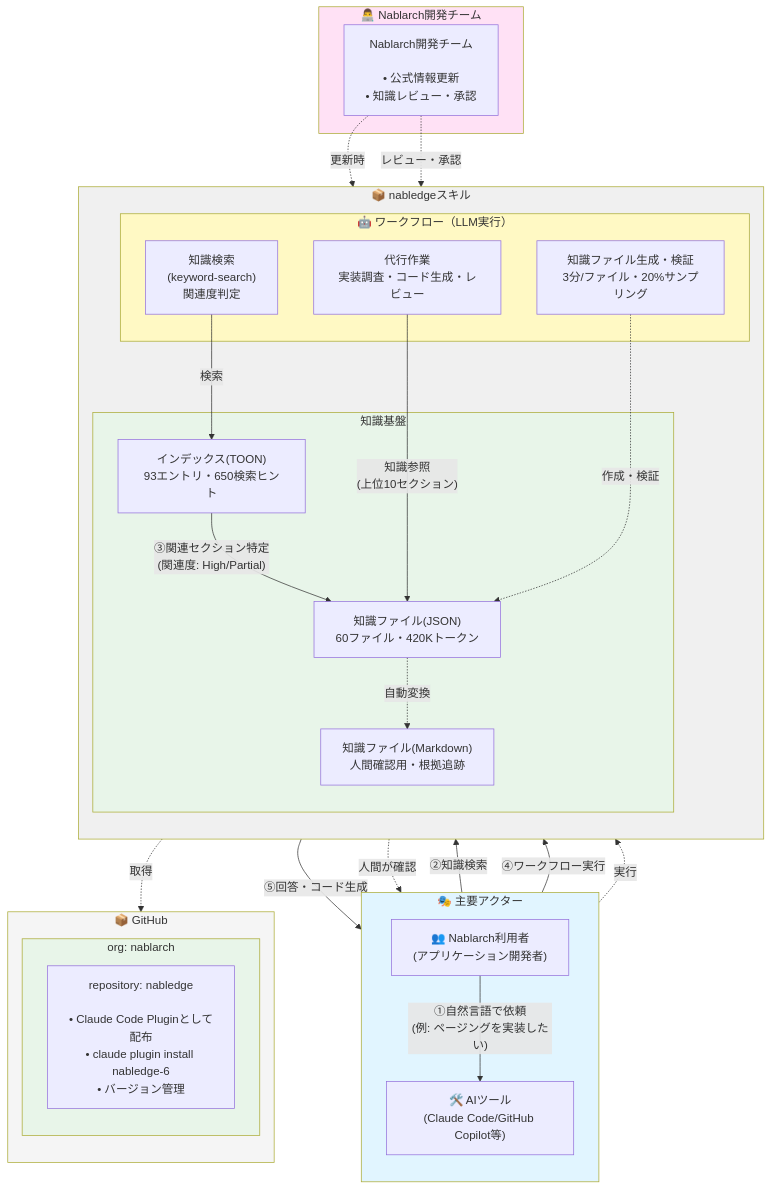
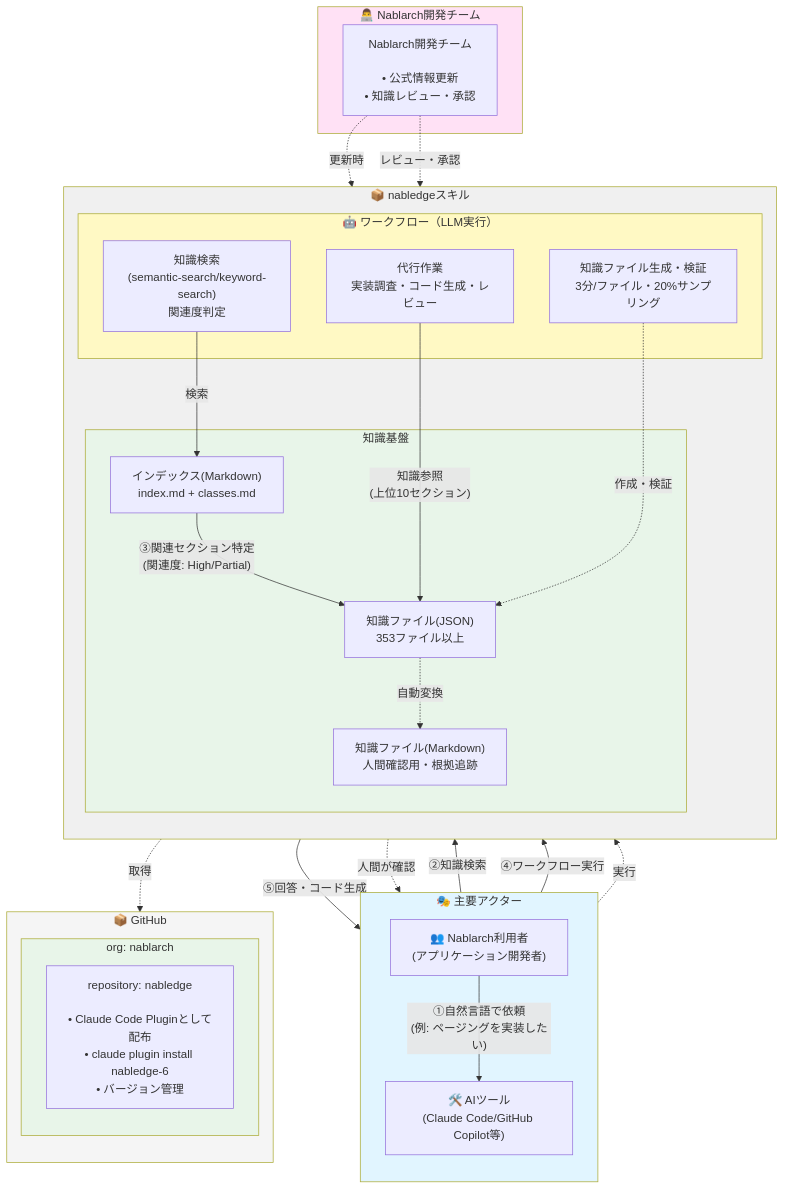
The diagram in docs/nabledge-design.md (nablarch/nabledge-dev), drawn with Mermaid before and after one commit. The commit also changed other lines of this file, not shown here.

````diff
--- a/docs/nabledge-design.md
+++ b/docs/nabledge-design.md
@@ -100,70 +100,70 @@
 ```mermaid
 graph TB
     %% 左側: 主要アクター
     subgraph main_actors["🎭 主要アクター"]
         direction TB
         DEV["👥 Nablarch利用者<br/>(アプリケーション開発者)"]
         AGENT["🛠️ AIツール<br/>(Claude Code/GitHub Copilot等)"]
         DEV -->|"①自然言語で依頼<br/>(例: ページングを実装したい)"| AGENT
     end
 
     %% 中央: nabledgeスキル
     subgraph nabledge["📦 nabledgeスキル"]
         direction TB
 
         subgraph workflows["🤖 ワークフロー（LLM実行）"]
-            WF_SEARCH["知識検索<br/>(keyword-search)<br/>関連度判定"]
+            WF_SEARCH["知識検索<br/>(semantic-search/keyword-search)<br/>関連度判定"]
             WF_DELEGATE["代行作業<br/>実装調査・コード生成・レビュー"]
             WF_GENERATE["知識ファイル生成・検証<br/>3分/ファイル・20%サンプリング"]
         end
 
         subgraph knowledge["知識基盤"]
-            INDEX["インデックス(TOON)<br/>93エントリ・650検索ヒント"]
-            JSON["知識ファイル(JSON)<br/>60ファイル・420Kトークン"]
+            INDEX["インデックス(Markdown)<br/>index.md + classes.md"]
+            JSON["知識ファイル(JSON)<br/>353ファイル以上"]
             MD["知識ファイル(Markdown)<br/>人間確認用・根拠追跡"]
         end
     end
 
     %% 右側: Nablarch開発チーム
     subgraph dev_team["👨‍💻 Nablarch開発チーム"]
         NAB_TEAM["Nablarch開発チーム<br/><br/>• 公式情報更新<br/>• 知識レビュー・承認"]
     end
 
     %% 主要フロー（①→⑤）
     AGENT -->|"②知識検索"| WF_SEARCH
     WF_SEARCH -->|"検索"| INDEX
     INDEX -->|"③関連セクション特定<br/>(関連度: High/Partial)"| JSON
     JSON -.->|"自動変換"| MD
 
     AGENT -->|"④ワークフロー実行"| WF_DELEGATE
     WF_DELEGATE -->|"知識参照<br/>(上位10セクション)"| JSON
     WF_DELEGATE -->|"⑤回答・コード生成"| DEV
 
     %% 開発チームフロー
     AGENT -.->|"実行"| WF_GENERATE
     WF_GENERATE -.->|"作成・検証"| JSON
     NAB_TEAM -.->|"更新時"| WF_GENERATE
     NAB_TEAM -.->|"レビュー・承認"| JSON
 
     MD -.->|"人間が確認"| DEV
 
     %% 下部: GitHub配布
     subgraph github["📦 GitHub"]
         direction TB
         subgraph org["org: nablarch"]
             REPO["repository: nabledge<br/><br/>• Claude Code Pluginとして配布<br/>• claude plugin install nabledge-6<br/>• バージョン管理"]
         end
     end
 
     %% 配布フロー
     nabledge -.->|"取得"| REPO
 
     %% スタイル
     style main_actors fill:#e1f5ff
     style dev_team fill:#ffe1f5
     style nabledge fill:#f0f0f0
     style github fill:#f5f5f5
     style org fill:#e8f5e9
     style knowledge fill:#e8f5e9
     style workflows fill:#fff9c4
 ```
````
